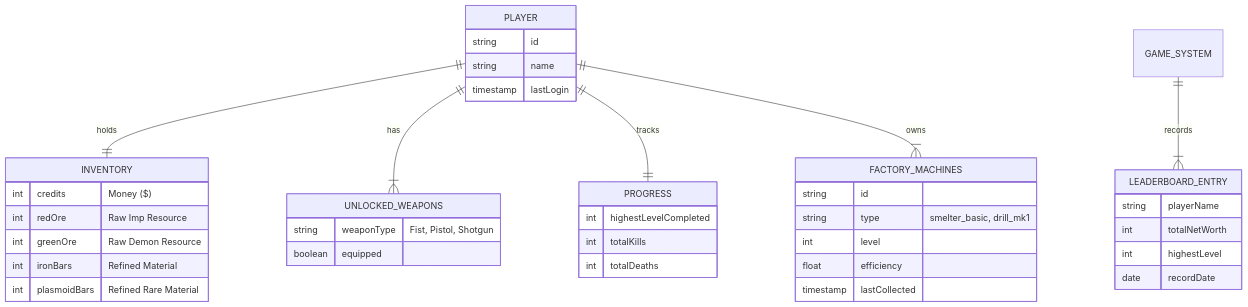
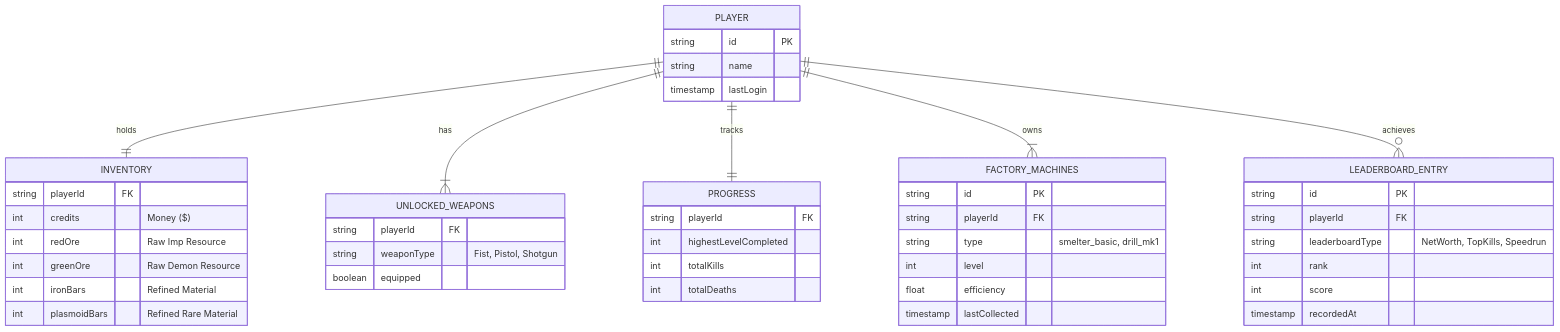
One commit to quackextractor/web-fps changed the second of 2 diagrams in docs/analysis-phase2.md. Above: the diagram before and after it, drawn with Mermaid.

````diff
--- a/docs/analysis-phase2.md
+++ b/docs/analysis-phase2.md
@@ -211,49 +211,54 @@
 ```mermaid
 erDiagram
     PLAYER ||--|| INVENTORY : holds
     PLAYER ||--|{ UNLOCKED_WEAPONS : has
     PLAYER ||--|| PROGRESS : tracks
     PLAYER ||--|{ FACTORY_MACHINES : owns
-    GAME_SYSTEM ||--|{ LEADERBOARD_ENTRY : records
+    PLAYER ||--o{ LEADERBOARD_ENTRY : achieves
 
     PLAYER {
-        string id
+        string id PK
         string name
         timestamp lastLogin
     }
 
     INVENTORY {
+        string playerId FK
         int credits "Money ($)"
         int redOre "Raw Imp Resource"
         int greenOre "Raw Demon Resource"
         int ironBars "Refined Material"
         int plasmoidBars "Refined Rare Material"
     }
 
     FACTORY_MACHINES {
-        string id
+        string id PK
+        string playerId FK
         string type "smelter_basic, drill_mk1"
         int level
         float efficiency
         timestamp lastCollected
     }
 
     UNLOCKED_WEAPONS {
+        string playerId FK
         string weaponType "Fist, Pistol, Shotgun"
         boolean equipped
     }
 
     PROGRESS {
+        string playerId FK
         int highestLevelCompleted
         int totalKills
         int totalDeaths
     }
 
     LEADERBOARD_ENTRY {
-        string playerName
-        int totalNetWorth
-        int highestLevel
-        date recordDate
+        string id PK
+        string playerId FK
+        string leaderboardType "NetWorth, TopKills, Speedrun"
+        int rank
+        int score
+        timestamp recordedAt
     }
-
 ```
````
